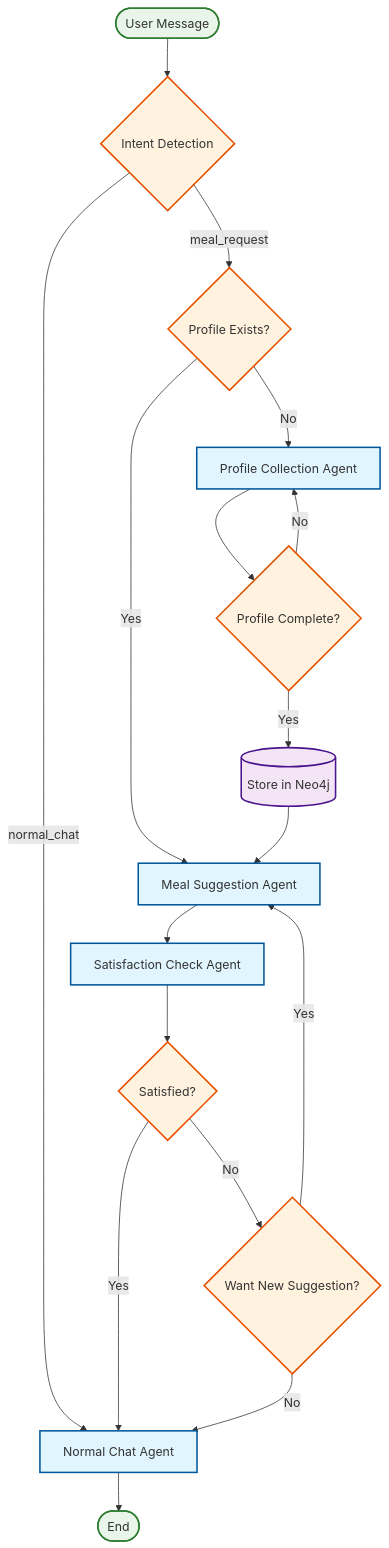
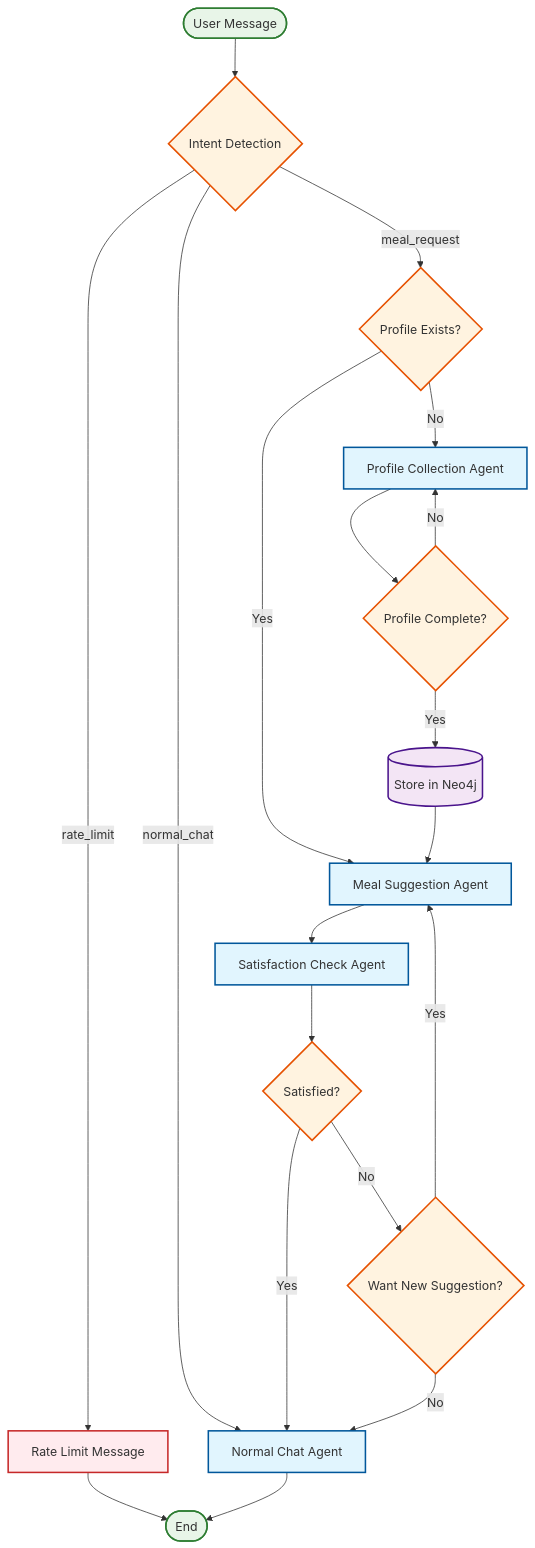
The first of 2 diagrams in README.md (suganmat/meal_ai_agent), drawn with Mermaid before and after one commit. The commit also changed other lines of this file, not shown here.

````diff
--- a/README.md
+++ b/README.md
@@ -45,36 +48,40 @@
 ```mermaid
 graph TD
     Start([User Message]) --> IntentDetection{Intent Detection}
     
     IntentDetection -->|meal_request| ProfileCheck{Profile Exists?}
     IntentDetection -->|normal_chat| NormalChat[Normal Chat Agent]
+    IntentDetection -->|rate_limit| RateLimitMsg[Rate Limit Message]
     
     ProfileCheck -->|Yes| MealSuggestion[Meal Suggestion Agent]
     ProfileCheck -->|No| ProfileCollection[Profile Collection Agent]
     
     ProfileCollection --> ProfileComplete{Profile Complete?}
     ProfileComplete -->|No| ProfileCollection
     ProfileComplete -->|Yes| StoreProfile[(Store in Neo4j)]
     StoreProfile --> MealSuggestion
     
     MealSuggestion --> SatisfactionCheck[Satisfaction Check Agent]
     
     SatisfactionCheck --> Satisfied{Satisfied?}
     Satisfied -->|Yes| NormalChat
     Satisfied -->|No| WantNewSuggestion{Want New Suggestion?}
     
     WantNewSuggestion -->|Yes| MealSuggestion
     WantNewSuggestion -->|No| NormalChat
     
-    NormalChat --> End([End])
+    RateLimitMsg --> End([End])
+    NormalChat --> End
     
     classDef agent fill:#e1f5fe,stroke:#01579b,stroke-width:2px
     classDef decision fill:#fff3e0,stroke:#e65100,stroke-width:2px
     classDef storage fill:#f3e5f5,stroke:#4a148c,stroke-width:2px
     classDef startEnd fill:#e8f5e8,stroke:#2e7d32,stroke-width:2px
+    classDef error fill:#ffebee,stroke:#c62828,stroke-width:2px
     
     class IntentDetection,ProfileCheck,ProfileComplete,Satisfied,WantNewSuggestion decision
     class ProfileCollection,MealSuggestion,SatisfactionCheck,NormalChat agent
     class StoreProfile storage
     class Start,End startEnd
+    class RateLimitMsg error
 ```
````
